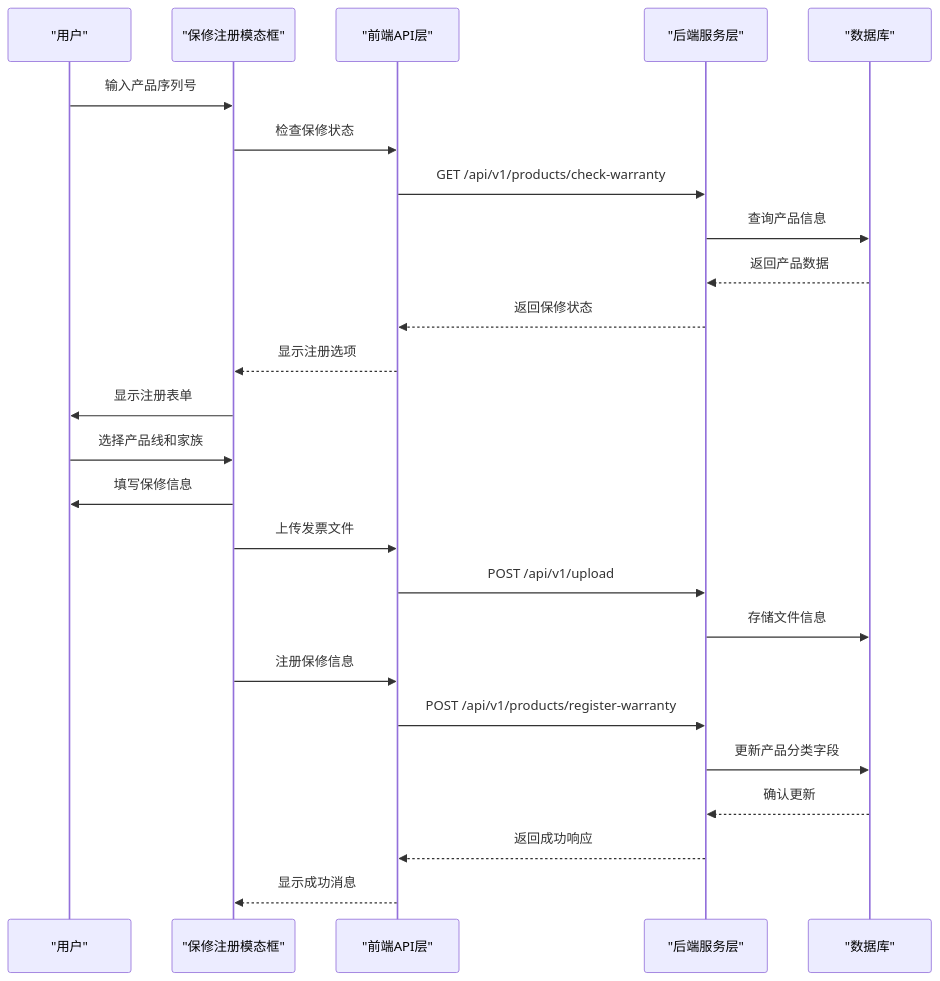
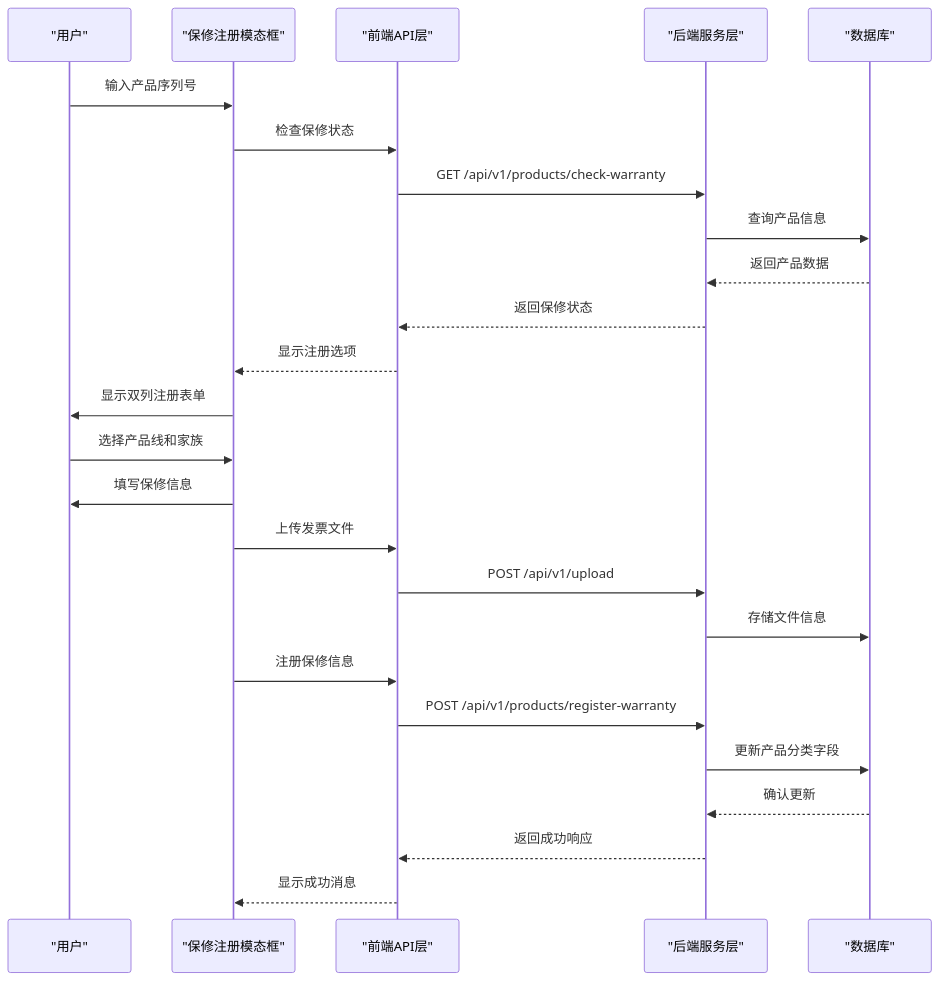
Before and after one commit to CubeEdge/Longhorn: the third of 13 diagrams in .qoder/repowiki/zh/content/前端组件架构/保修注册模态框组件.md, drawn with Mermaid. The commit also changed other lines of this file and 118 other files, not shown here.

````diff
--- a/.qoder/repowiki/zh/content/前端组件架构/保修注册模态框组件.md
+++ b/.qoder/repowiki/zh/content/前端组件架构/保修注册模态框组件.md
@@ -139,27 +146,27 @@
 ```mermaid
 sequenceDiagram
 participant 用户 as "用户"
 participant 模态框 as "保修注册模态框"
 participant 前端 as "前端API层"
 participant 后端 as "后端服务层"
 participant 数据库 as "数据库"
 用户->>模态框 : 输入产品序列号
 模态框->>前端 : 检查保修状态
 前端->>后端 : GET /api/v1/products/check-warranty
 后端->>数据库 : 查询产品信息
 数据库-->>后端 : 返回产品数据
 后端-->>前端 : 返回保修状态
 前端-->>模态框 : 显示注册选项
-模态框->>用户 : 显示注册表单
+模态框->>用户 : 显示双列注册表单
 用户->>模态框 : 选择产品线和家族
 模态框->>用户 : 填写保修信息
 模态框->>前端 : 上传发票文件
 前端->>后端 : POST /api/v1/upload
 后端->>数据库 : 存储文件信息
 模态框->>前端 : 注册保修信息
 前端->>后端 : POST /api/v1/products/register-warranty
 后端->>数据库 : 更新产品分类字段
 数据库-->>后端 : 确认更新
 后端-->>前端 : 返回成功响应
 前端-->>模态框 : 显示成功消息
 ```
````
